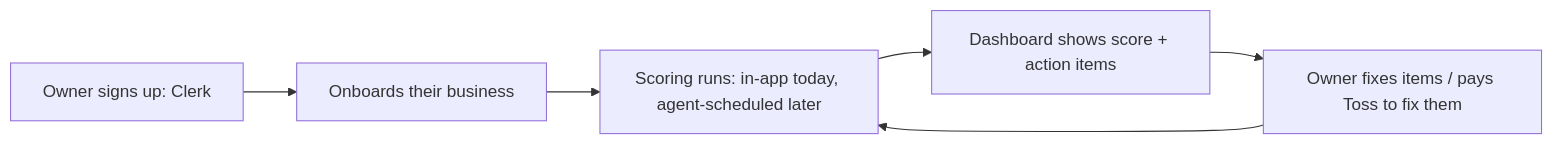
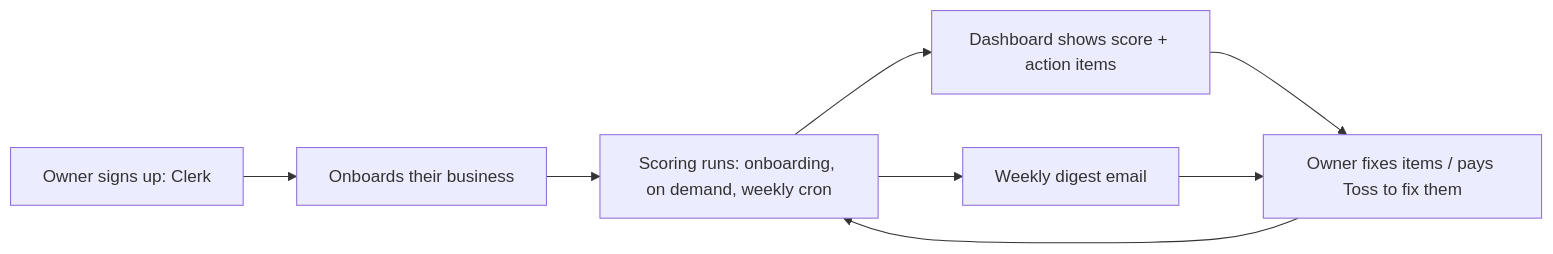
One commit to tossacoin001-cmd/toss-enterprise changed the diagram in docs/04-product/visibility-os.md. Above: the diagram before and after it, drawn with Mermaid. The commit also changed other lines of this file and 22 other files, not shown here.

First line of the commit message:
feat(visibility-os): weekly re-score cron and always-send digest email

````diff
--- a/docs/04-product/visibility-os.md
+++ b/docs/04-product/visibility-os.md
@@ -9,8 +9,10 @@
 ```mermaid
 flowchart LR
     A[Owner signs up: Clerk] --> B[Onboards their business]
-    B --> C[Scoring runs: in-app today, agent-scheduled later]
+    B --> C[Scoring runs: onboarding, on demand, weekly cron]
     C --> D[Dashboard shows score + action items]
+    C --> F[Weekly digest email]
     D --> E[Owner fixes items / pays Toss to fix them]
+    F --> E
     E --> C
 ```
````
